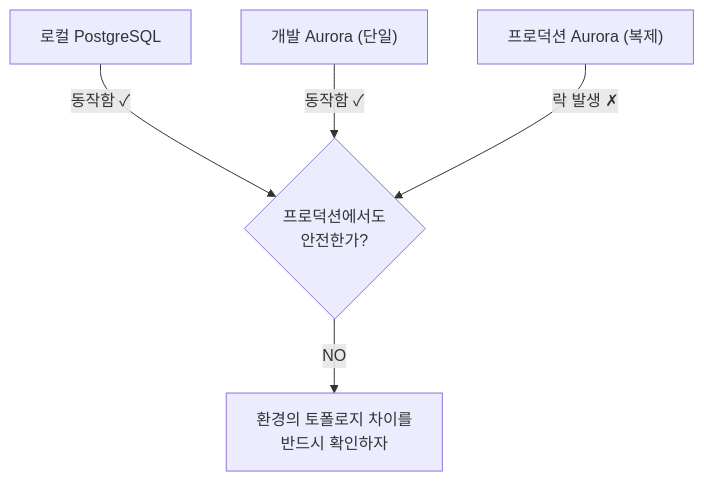
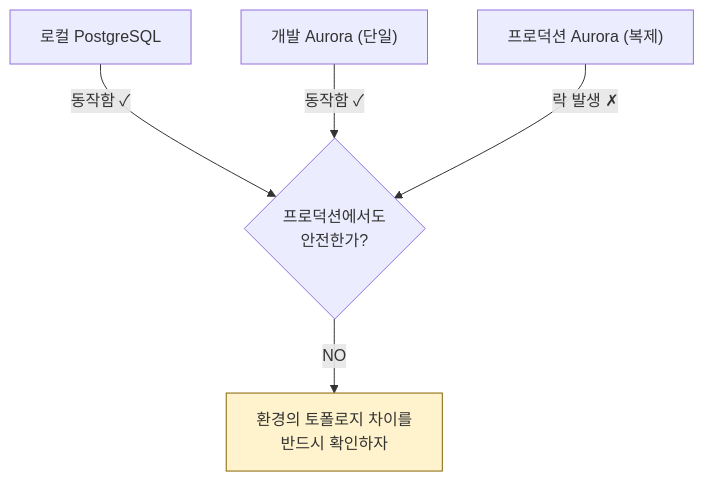
The fourth of 4 diagrams in _posts/2025-04-10-aurora-db-마이그레이션-락킹-이슈.md (Gyubster/til), drawn with Mermaid before and after one commit. The commit also changed 11 other files, not shown here.

````diff
--- a/_posts/2025-04-10-aurora-db-마이그레이션-락킹-이슈.md
+++ b/_posts/2025-04-10-aurora-db-마이그레이션-락킹-이슈.md
@@ -107,7 +107,8 @@
 ```mermaid
 flowchart TD
     A["로컬 PostgreSQL"] -->|"동작함 ✓"| D{프로덕션에서도<br>안전한가?}
     B["개발 Aurora (단일)"] -->|"동작함 ✓"| D
     C["프로덕션 Aurora (복제)"] -->|"락 발생 ✗"| D
     D -->|"NO"| E["환경의 토폴로지 차이를<br>반드시 확인하자"]
+    style E fill:#fff3cd,stroke:#856404
 ```
````
